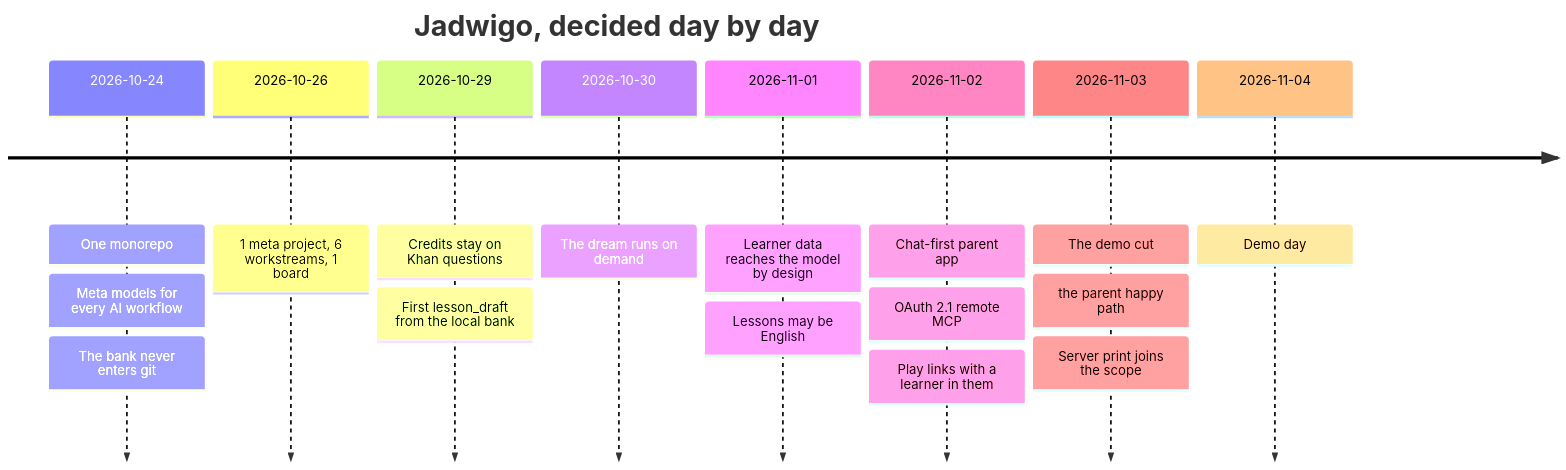
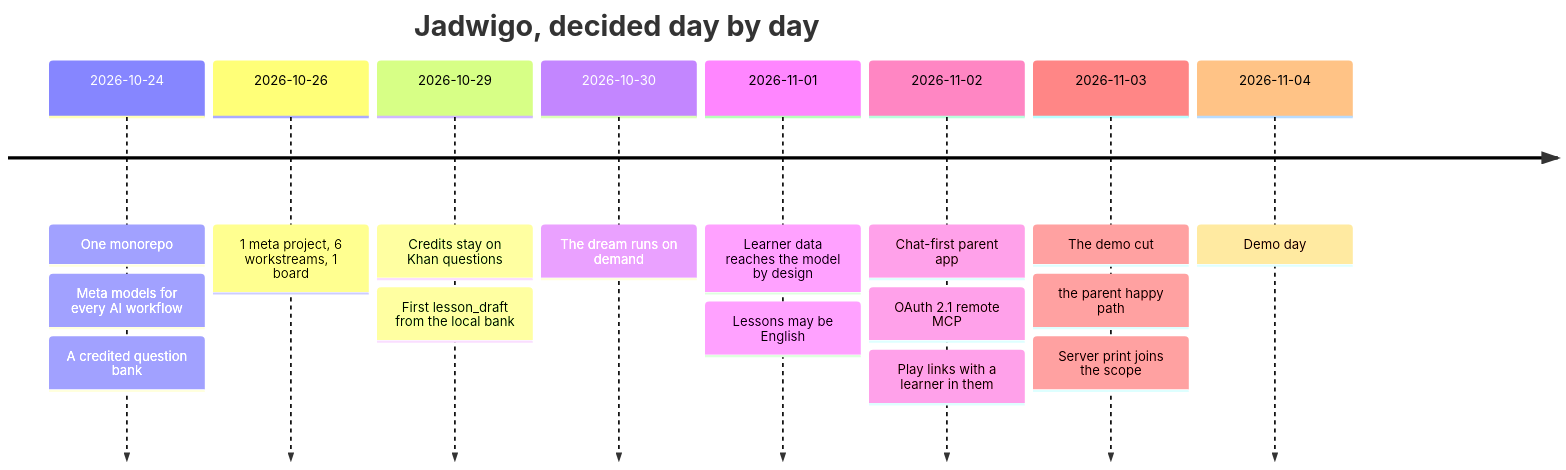
One commit to vasyl-stanislavchuk/jadwigo-hackathon changed the diagram in apps/docs/src/lib/diagrams/story-timeline.mmd. Above: the diagram before and after it, drawn with Mermaid. The commit also changed 35 other files, not shown here.

First line of the commit message:
dl-5ssh.90.53.19: docs for judges, foundation: adult design system, Medallion diagrams, what's real, the story, one learning-loop page (#942)

```diff
--- a/apps/docs/src/lib/diagrams/story-timeline.mmd
+++ b/apps/docs/src/lib/diagrams/story-timeline.mmd
@@ -1,17 +1,17 @@
 timeline
   title Jadwigo, decided day by day
   2026-10-24 : One monorepo
              : Meta models for every AI workflow
-             : The bank never enters git
+             : A credited question bank
   2026-10-26 : 1 meta project, 6 workstreams, 1 board
   2026-10-29 : Credits stay on Khan questions
              : First lesson_draft from the local bank
   2026-10-30 : The dream runs on demand
   2026-11-01 : Learner data reaches the model by design
              : Lessons may be English
   2026-11-02 : Chat-first parent app
              : OAuth 2.1 remote MCP
              : Play links with a learner in them
   2026-11-03 : The demo cut: the parent happy path
              : Server print joins the scope
   2026-11-04 : Demo day
```
